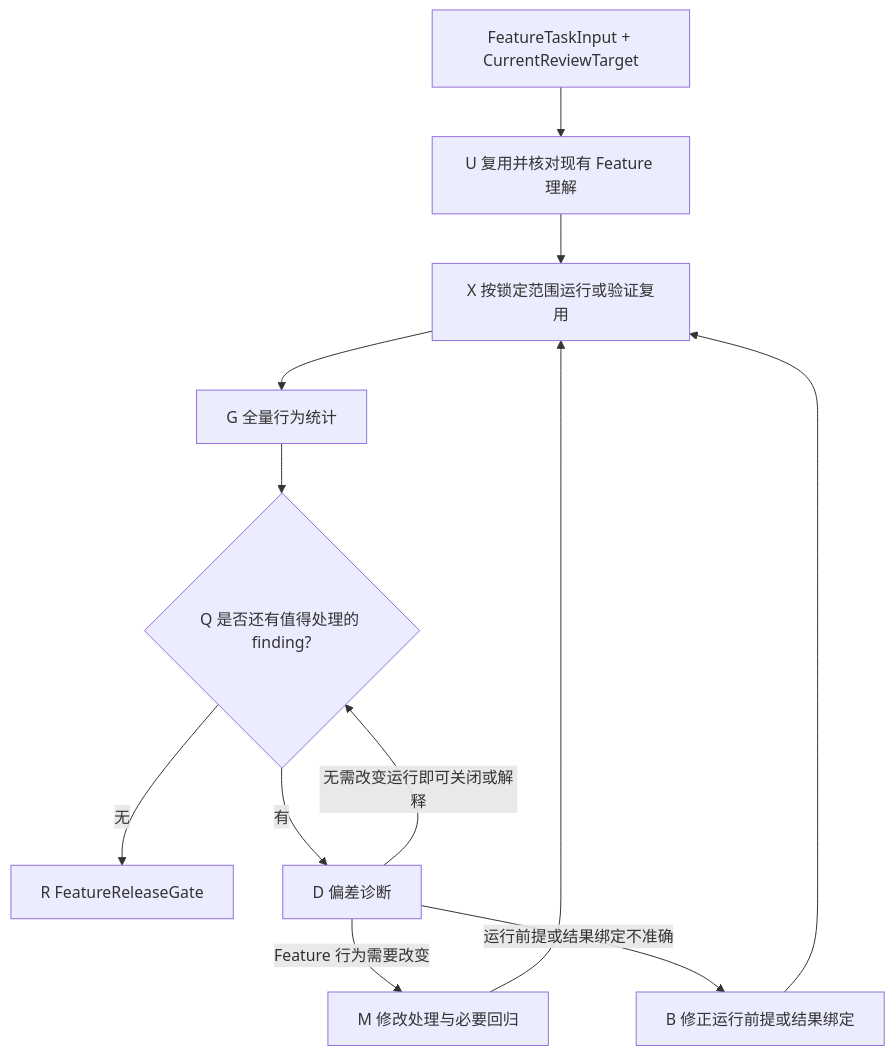
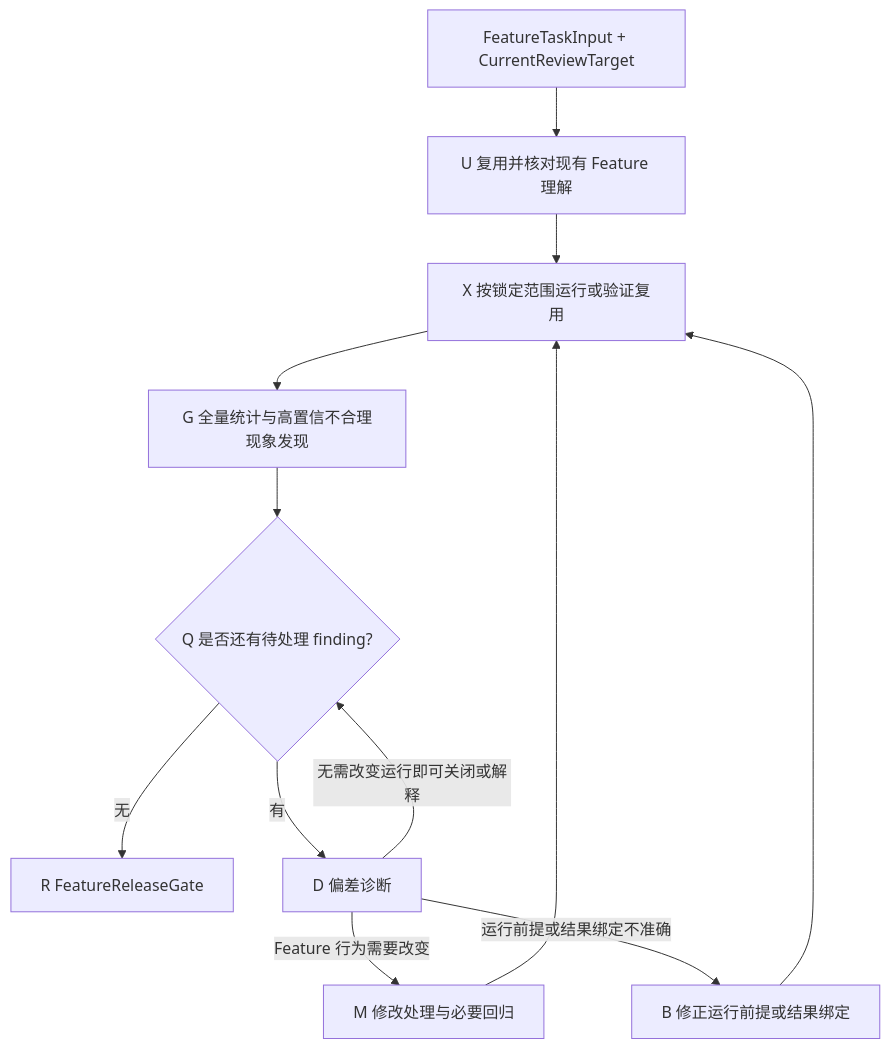
The diagram in control-v0.3/01_L0_统计驱动的单特征闭环.md (daowei2026/observe-iterate), drawn with Mermaid before and after one commit. The commit also changed other lines of this file and 9 other files, not shown here.

````diff
--- a/control-v0.3/01_L0_统计驱动的单特征闭环.md
+++ b/control-v0.3/01_L0_统计驱动的单特征闭环.md
@@ -5,14 +5,14 @@
 ```mermaid
 flowchart TD
   I[FeatureTaskInput + CurrentReviewTarget] --> U[U 复用并核对现有 Feature 理解]
   U --> X[X 按锁定范围运行或验证复用]
-  X --> G[G 全量行为统计]
-  G --> Q{Q 是否还有值得处理的 finding?}
+  X --> G[G 全量统计与高置信不合理现象发现]
+  G --> Q{Q 是否还有待处理 finding?}
   Q -->|无| R[R FeatureReleaseGate]
   Q -->|有| D[D 偏差诊断]
   D -->|Feature 行为需要改变| M[M 修改处理与必要回归]
   M --> X
   D -->|运行前提或结果绑定不准确| B[B 修正运行前提或结果绑定]
   B --> X
   D -->|无需改变运行即可关闭或解释| Q
 ```
````
